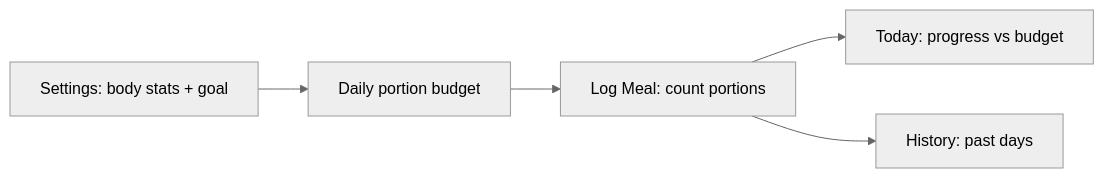
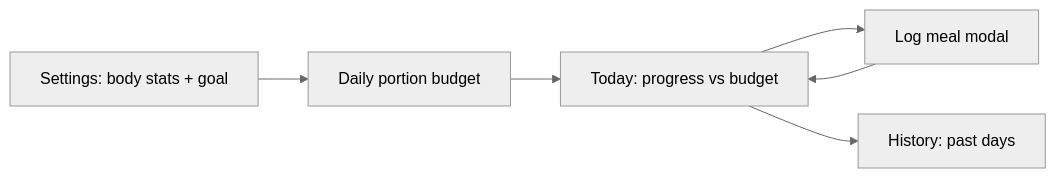
The diagram in README.md (anna-filou/Hand-Portions), drawn with Mermaid (neutral theme) before and after one commit. The commit also changed other lines of this file and 5 other files, not shown here.

Commit message:
turn log meal into modal instead of tab

````diff
--- a/README.md
+++ b/README.md
@@ -28,7 +28,8 @@
 ```mermaid
 flowchart LR
   Setup["Settings: body stats + goal"] --> Budget["Daily portion budget"]
-  Budget --> Log["Log Meal: count portions"]
-  Log --> Today["Today: progress vs budget"]
-  Log --> History["History: past days"]
+  Budget --> Today["Today: progress vs budget"]
+  Today --> Log["Log meal modal"]
+  Log --> Today
+  Today --> History["History: past days"]
 ```
````
